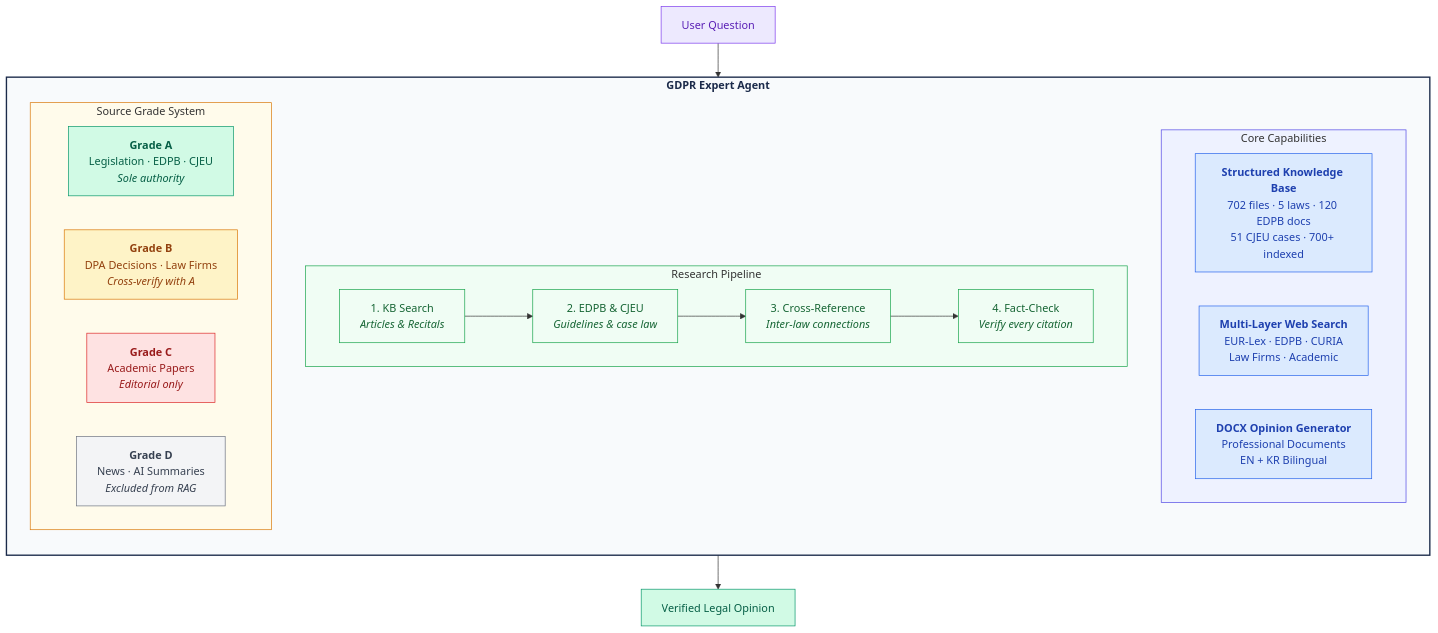
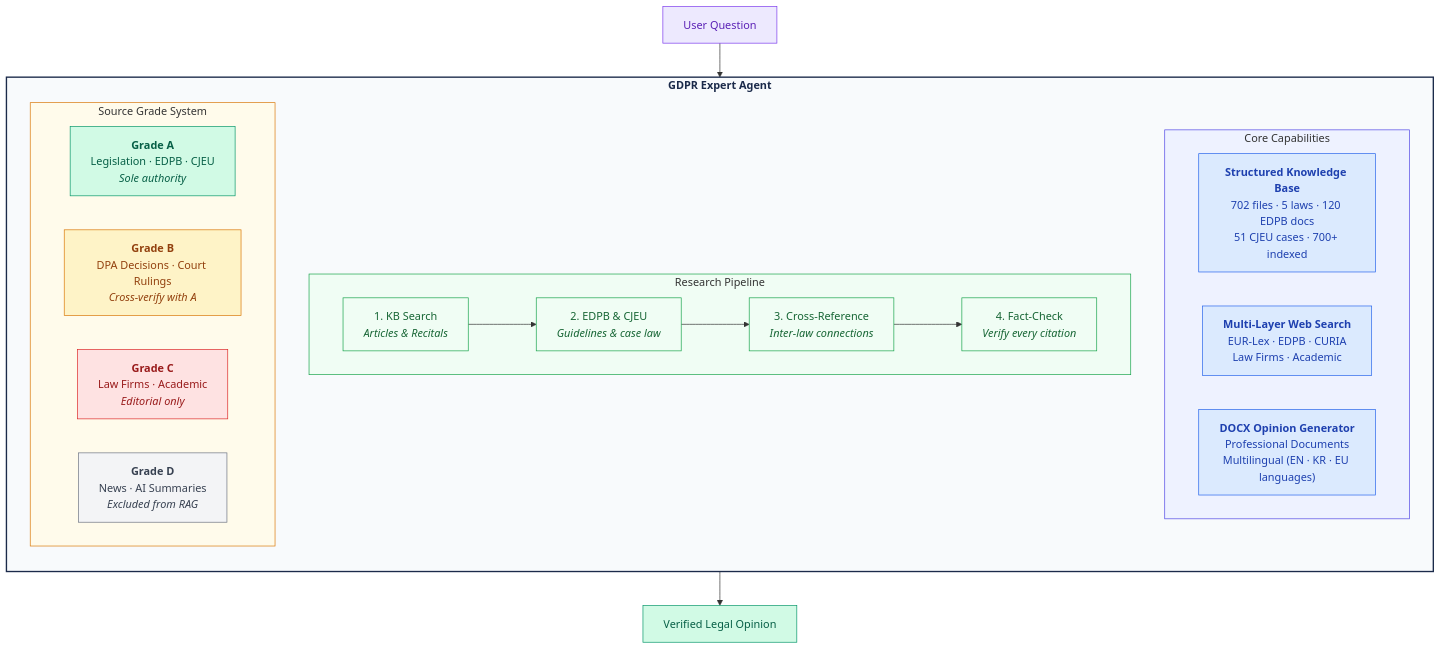
One commit to lowtidebuild/GDPR-expert changed the first of 3 diagrams in README.md. Above: the diagram before and after it, drawn with Mermaid. The commit also changed other lines of this file and 60 other files, not shown here.

First line of the commit message:
Reclassify source grades: law firm analysis moves from Grade B to Grade C

````diff
--- a/README.md
+++ b/README.md
@@ -51,51 +51,51 @@
 ```mermaid
 graph TB
     subgraph agent["<b>GDPR Expert Agent</b>"]
         direction TB
 
         subgraph core["Core Capabilities"]
             direction LR
             KB["<b>Structured Knowledge Base</b><br/>702 files · 5 laws · 120 EDPB docs<br/>51 CJEU cases · 700+ indexed"]
             WS["<b>Multi-Layer Web Search</b><br/>EUR-Lex · EDPB · CURIA<br/>Law Firms · Academic"]
-            DX["<b>DOCX Opinion Generator</b><br/>Professional Documents<br/>EN + KR Bilingual"]
+            DX["<b>DOCX Opinion Generator</b><br/>Professional Documents<br/>Multilingual (EN · KR · EU languages)"]
         end
 
         subgraph pipeline["Research Pipeline"]
             direction LR
             S1["1. KB Search<br/><i>Articles & Recitals</i>"]
             S2["2. EDPB & CJEU<br/><i>Guidelines & case law</i>"]
             S3["3. Cross-Reference<br/><i>Inter-law connections</i>"]
             S4["4. Fact-Check<br/><i>Verify every citation</i>"]
             S1 --> S2 --> S3 --> S4
         end
 
         subgraph grades["Source Grade System"]
             direction LR
             GA["<b>Grade A</b><br/>Legislation · EDPB · CJEU<br/><i>Sole authority</i>"]
-            GB["<b>Grade B</b><br/>DPA Decisions · Law Firms<br/><i>Cross-verify with A</i>"]
-            GC["<b>Grade C</b><br/>Academic Papers<br/><i>Editorial only</i>"]
+            GB["<b>Grade B</b><br/>DPA Decisions · Court Rulings<br/><i>Cross-verify with A</i>"]
+            GC["<b>Grade C</b><br/>Law Firms · Academic<br/><i>Editorial only</i>"]
             GD["<b>Grade D</b><br/>News · AI Summaries<br/><i>Excluded from RAG</i>"]
         end
     end
 
     Q["User Question"] --> S1
     S4 --> O["Verified Legal Opinion"]
 
     style agent fill:#f8fafc,stroke:#1B2A4A,stroke-width:2px,color:#1B2A4A
     style core fill:#eef2ff,stroke:#4f46e5,stroke-width:1px
     style pipeline fill:#f0fdf4,stroke:#16a34a,stroke-width:1px
     style grades fill:#fffbeb,stroke:#d97706,stroke-width:1px
     style KB fill:#dbeafe,stroke:#2563eb,color:#1e40af
     style WS fill:#dbeafe,stroke:#2563eb,color:#1e40af
     style DX fill:#dbeafe,stroke:#2563eb,color:#1e40af
     style GA fill:#d1fae5,stroke:#059669,color:#065f46
     style GB fill:#fef3c7,stroke:#d97706,color:#92400e
     style GC fill:#fee2e2,stroke:#dc2626,color:#991b1b
     style GD fill:#f3f4f6,stroke:#6b7280,color:#374151
     style Q fill:#ede9fe,stroke:#7c3aed,color:#5b21b6
     style O fill:#d1fae5,stroke:#059669,color:#065f46
     style S1 fill:#f0fdf4,stroke:#16a34a,color:#166534
     style S2 fill:#f0fdf4,stroke:#16a34a,color:#166534
     style S3 fill:#f0fdf4,stroke:#16a34a,color:#166534
     style S4 fill:#f0fdf4,stroke:#16a34a,color:#166534
 ```
````
